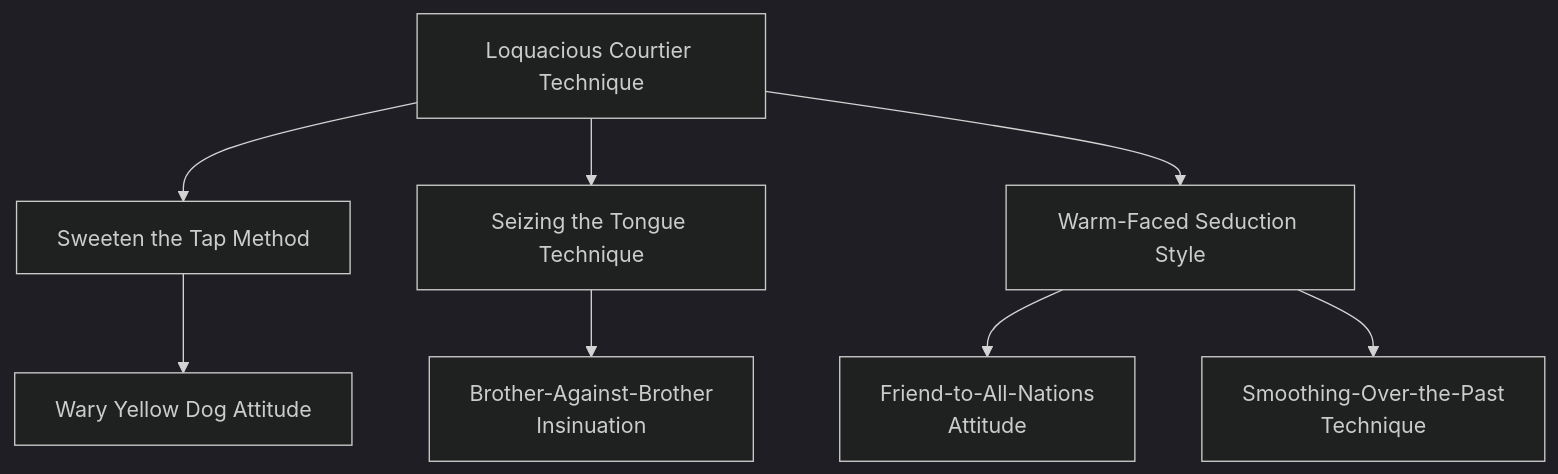
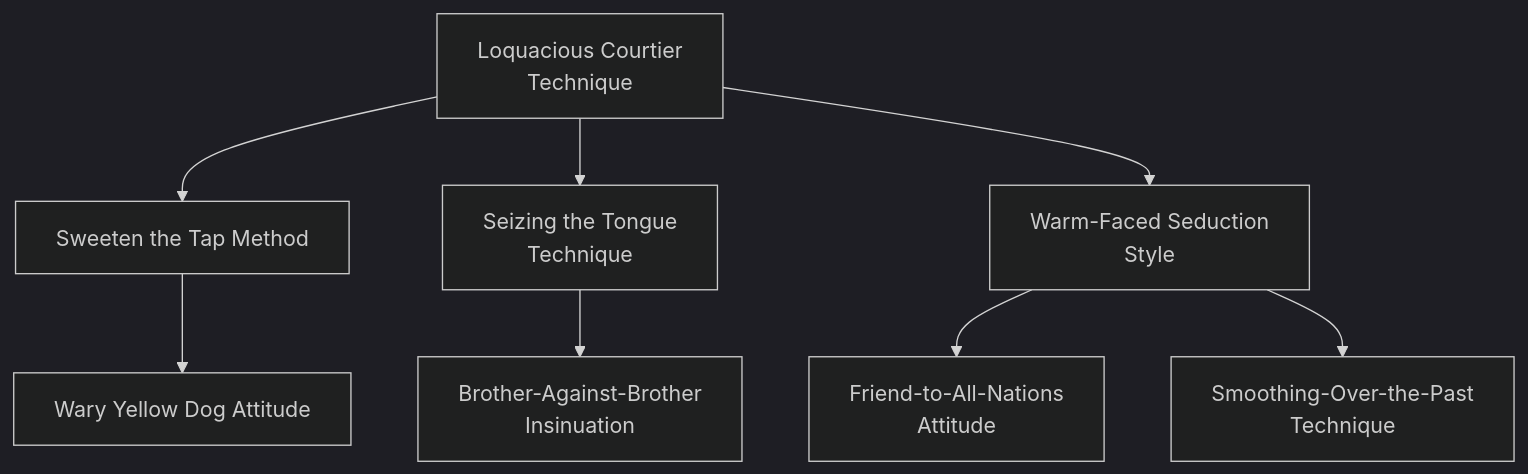
The diagram in docs/mermaid/dragon_blooded/fire_socialize_2.mmd (jrobichaud/exalted-charms-1e), drawn with Mermaid before and after one commit. The commit also changed 14 other files, not shown here.

```diff
--- a/docs/mermaid/dragon_blooded/fire_socialize_2.mmd
+++ b/docs/mermaid/dragon_blooded/fire_socialize_2.mmd
@@ -4,7 +4,7 @@
 ---
 flowchart TD
 
-    loquacious_courtier_technique[Loquacious Courtier Technique]
+    loquacious_courtier_technique[Loquacious Courtier<br>Technique]
     click loquacious_courtier_technique callback "
         Loquacious Courtier Technique<br>
         <br>
@@ -73,7 +73,7 @@
         three turns of an unexpected combat.
         "
 
-    seizing_the_tongue_technique[Seizing the Tongue Technique]
+    seizing_the_tongue_technique[Seizing the Tongue<br>Technique]
     loquacious_courtier_technique --> seizing_the_tongue_technique
     click seizing_the_tongue_technique callback "
         Seizing the Tongue Technique<br>
@@ -144,7 +144,7 @@
         an Essence higher than that of the Exalt using the Charm.
         "
 
-    warm_faced_seduction_style[Warm-Faced Seduction Style]
+    warm_faced_seduction_style[Warm-Faced Seduction<br>Style]
     loquacious_courtier_technique --> warm_faced_seduction_style
     click warm_faced_seduction_style callback "
         Warm-Faced Seduction Style<br>
```
